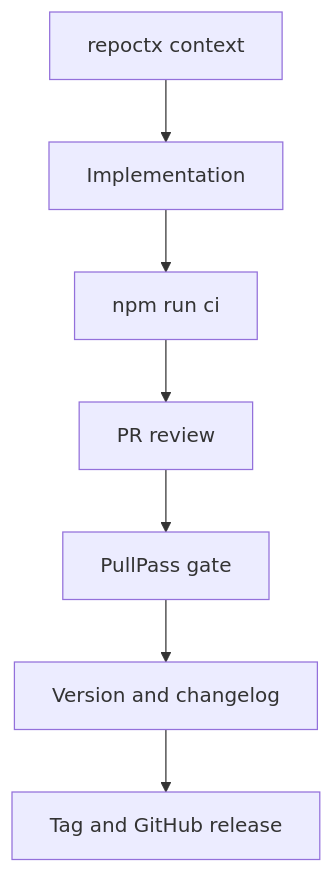
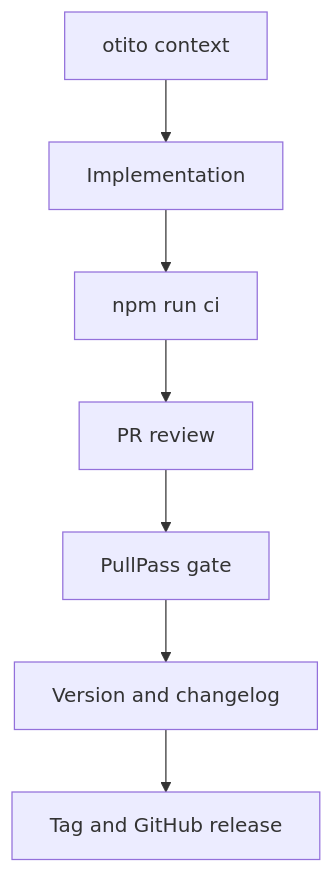
Before and after one commit to BASHBOP/otito: the diagram in docs/04-release-readiness/README.md, drawn with Mermaid. The commit also changed other lines of this file and 125 other files, not shown here.

````diff
--- a/docs/04-release-readiness/README.md
+++ b/docs/04-release-readiness/README.md
@@ -76,9 +70,9 @@
 ```mermaid
 flowchart TD
-    A[repoctx context] --> B[Implementation]
+    A[otito context] --> B[Implementation]
     B --> C[npm run ci]
     C --> D[PR review]
     D --> E[PullPass gate]
     E --> F[Version and changelog]
     F --> G[Tag and GitHub release]
 ```
````
